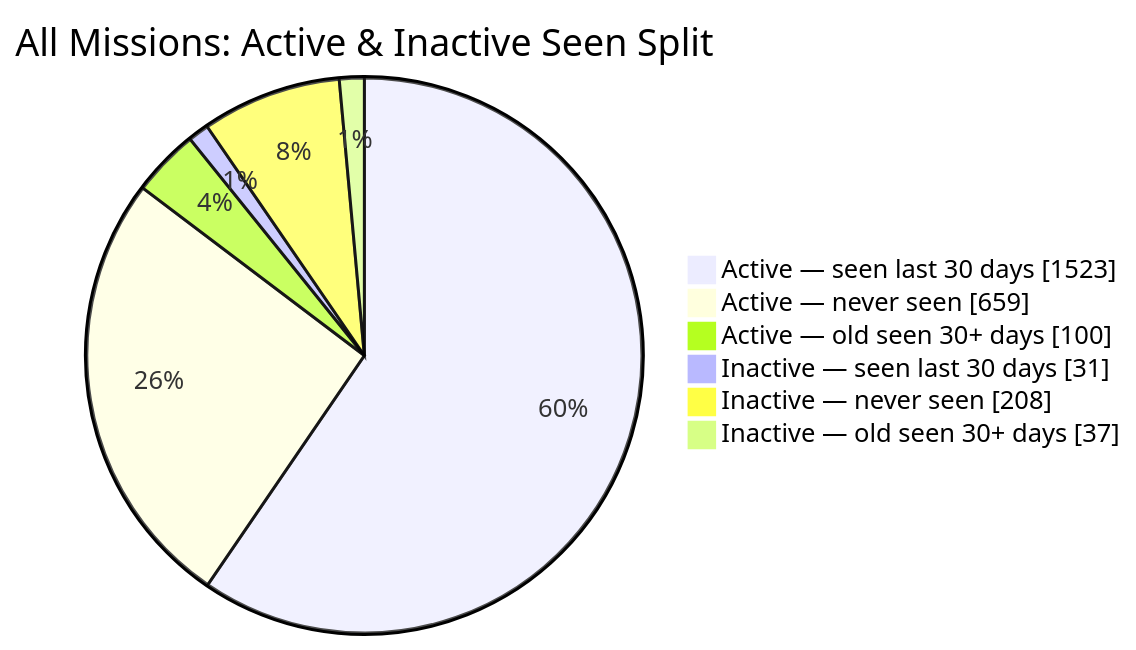
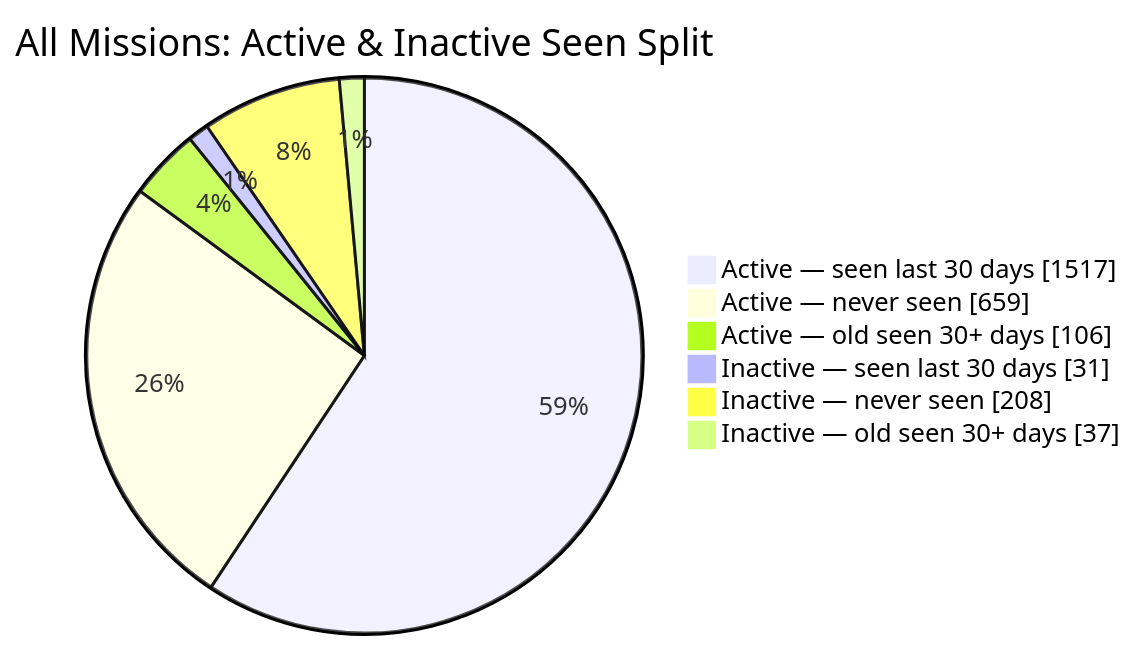
The second of 2 diagrams in README.md (MeldkamerspelGameTeam/active-missions), drawn with Mermaid before and after one commit. The commit also changed other lines of this file and 2 other files, not shown here.

````diff
--- a/README.md
+++ b/README.md
@@ -44,10 +44,10 @@
 ```mermaid
 pie showData
     title All Missions: Active & Inactive Seen Split
-    "Active — seen last 30 days" : 1523
+    "Active — seen last 30 days" : 1517
     "Active — never seen" : 659
-    "Active — old seen 30+ days" : 100
+    "Active — old seen 30+ days" : 106
     "Inactive — seen last 30 days" : 31
     "Inactive — never seen" : 208
     "Inactive — old seen 30+ days" : 37
 ```
````
